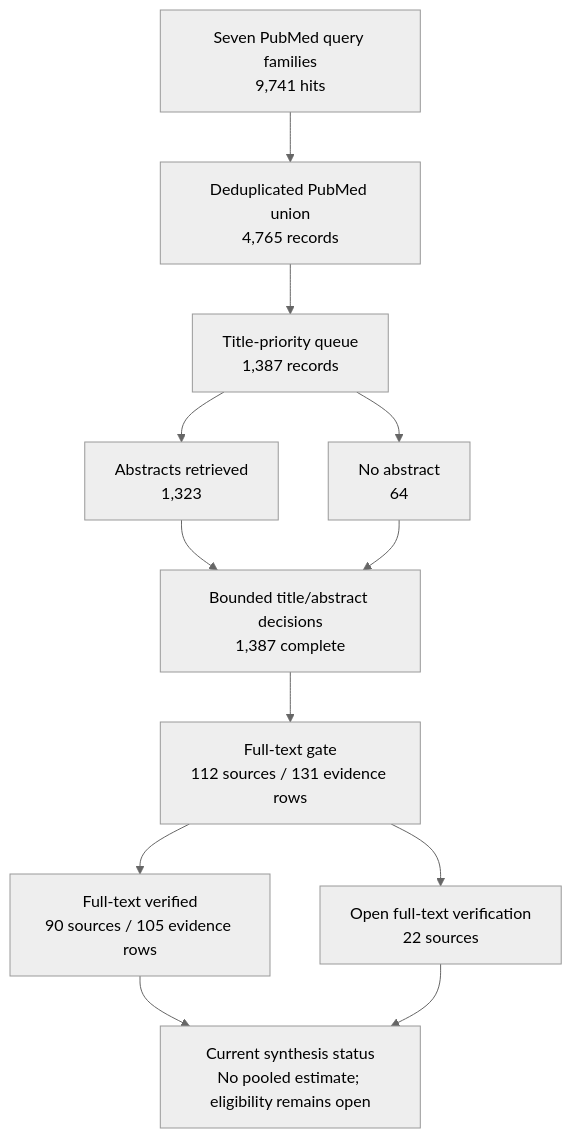
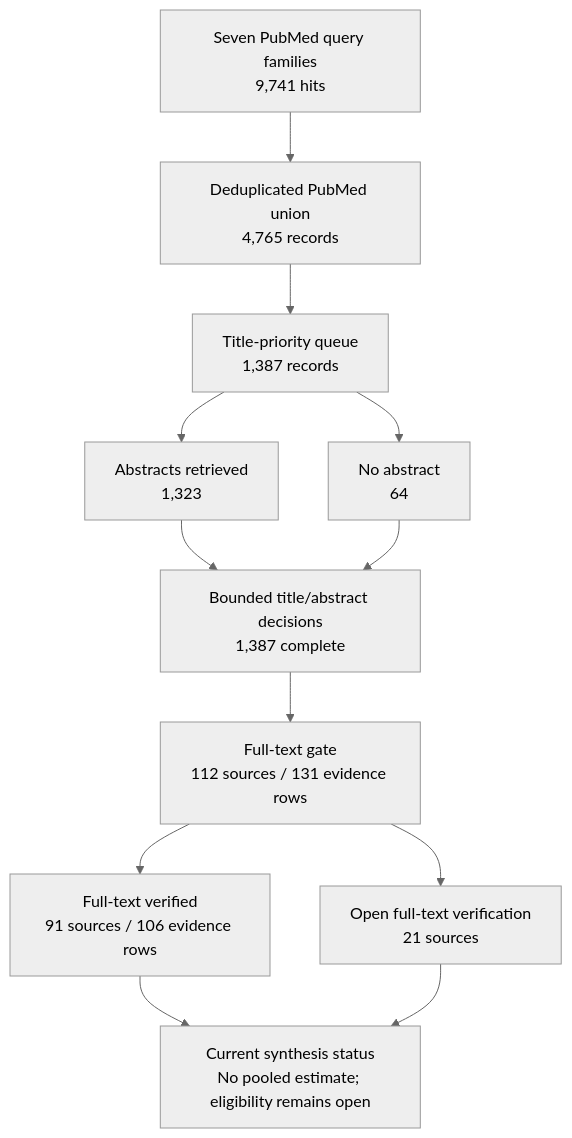
One commit to dcmcshan/artemisia changed the diagram in manuscript/figures/figure-3-review-flow.mmd. Above: the diagram before and after it, drawn with Mermaid (neutral theme). The commit also changed 14 other files, not shown here.

```diff
--- a/manuscript/figures/figure-3-review-flow.mmd
+++ b/manuscript/figures/figure-3-review-flow.mmd
@@ -1,12 +1,12 @@
 flowchart TD
   A["Seven PubMed query families<br/>9,741 hits"] --> B["Deduplicated PubMed union<br/>4,765 records"]
   B --> C["Title-priority queue<br/>1,387 records"]
   C --> D["Abstracts retrieved<br/>1,323"]
   C --> E["No abstract<br/>64"]
   D --> F["Bounded title/abstract decisions<br/>1,387 complete"]
   E --> F
   F --> G["Full-text gate<br/>112 sources / 131 evidence rows"]
-  G --> H["Full-text verified<br/>90 sources / 105 evidence rows"]
-  G --> I["Open full-text verification<br/>22 sources"]
+  G --> H["Full-text verified<br/>91 sources / 106 evidence rows"]
+  G --> I["Open full-text verification<br/>21 sources"]
   H --> J["Current synthesis status<br/>No pooled estimate; eligibility remains open"]
   I --> J
```
